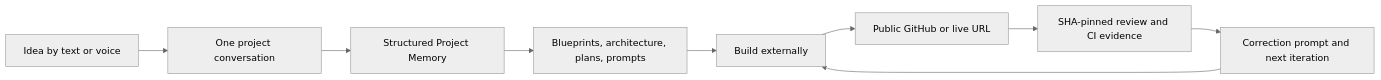
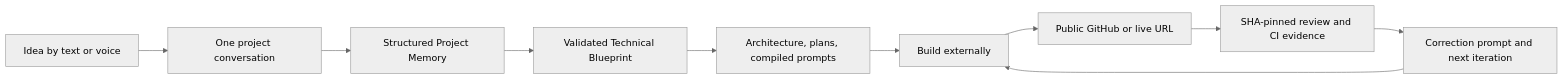
The diagram in README.md (Nasxx05/inference-manager), drawn with Mermaid (neutral theme) before and after one commit. The commit also changed other lines of this file and 21 other files, not shown here.

Commit message:
Add technical blueprints and comprehensive prompt compiler

````diff
--- a/README.md
+++ b/README.md
@@ -26,11 +26,12 @@
 ```mermaid
 flowchart LR
   A[Idea by text or voice] --> B[One project conversation]
   B --> C[Structured Project Memory]
-  C --> D[Blueprints, architecture, plans, prompts]
+  C --> T[Validated Technical Blueprint]
+  T --> D[Architecture, plans, compiled prompts]
   D --> E[Build externally]
   E --> F[Public GitHub or live URL]
   F --> G[SHA-pinned review and CI evidence]
   G --> H[Correction prompt and next iteration]
   H --> E
 ```
````
